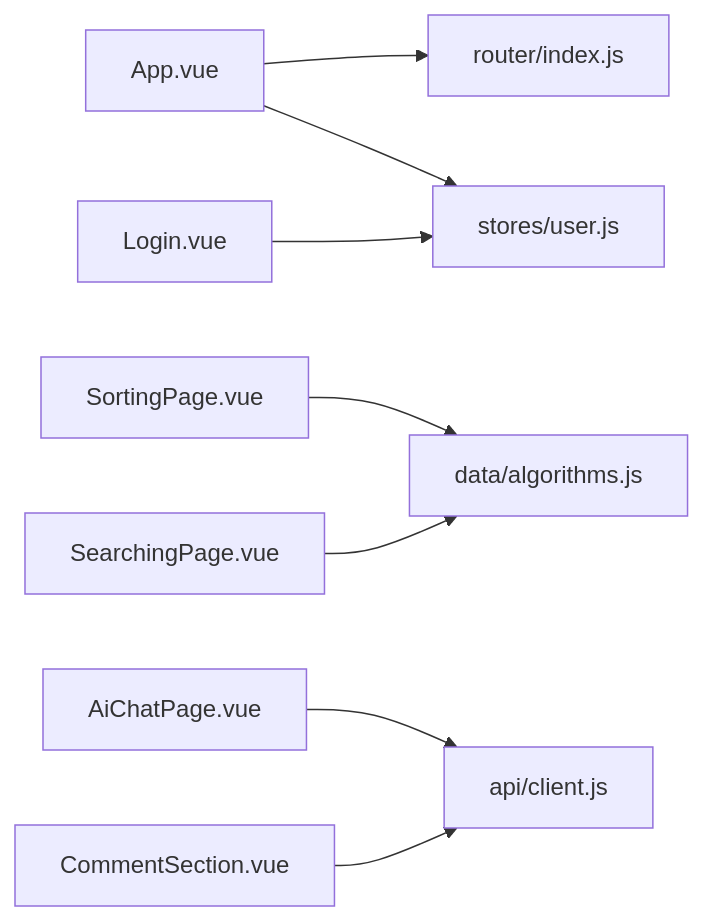
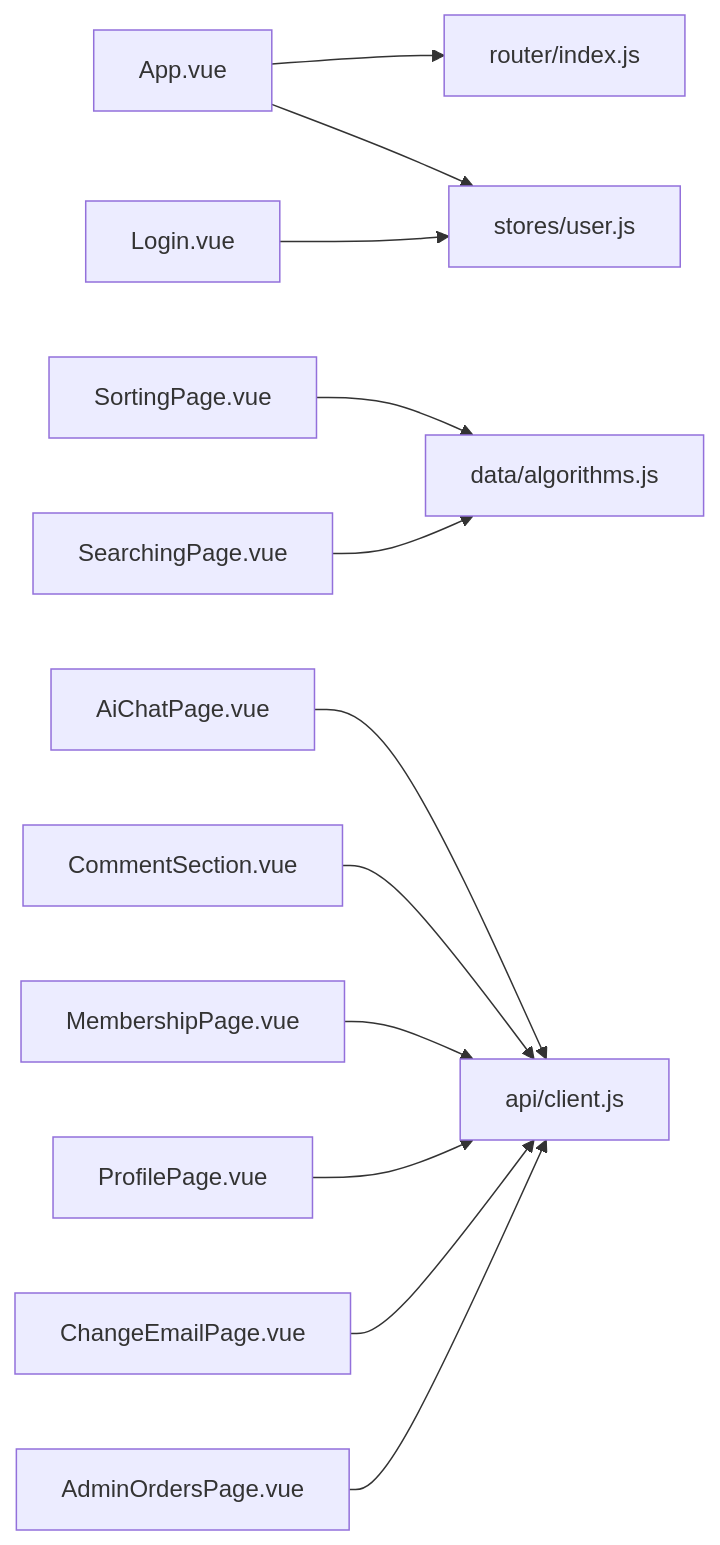
One commit to huangman881112/aiforip changed diagram 13 of 13 in .qoder/repowiki/zh/content/前端组件文档/前端组件文档.md. Above: the diagram before and after it, drawn with Mermaid. The commit also changed other lines of this file and 69 other files, not shown here.

````diff
--- a/.qoder/repowiki/zh/content/前端组件文档/前端组件文档.md
+++ b/.qoder/repowiki/zh/content/前端组件文档/前端组件文档.md
@@ -367,10 +585,14 @@
 ```mermaid
 graph LR
 App["App.vue"] --> Router["router/index.js"]
 App --> Store["stores/user.js"]
 Sort["SortingPage.vue"] --> Data["data/algorithms.js"]
 Search["SearchingPage.vue"] --> Data
 Chat["AiChatPage.vue"] --> Client["api/client.js"]
 Login["Login.vue"] --> Store
 Comment["CommentSection.vue"] --> Client
+Membership["MembershipPage.vue"] --> Client
+Profile["ProfilePage.vue"] --> Client
+ChangeEmail["ChangeEmailPage.vue"] --> Client
+AdminOrders["AdminOrdersPage.vue"] --> Client
 ```
````
